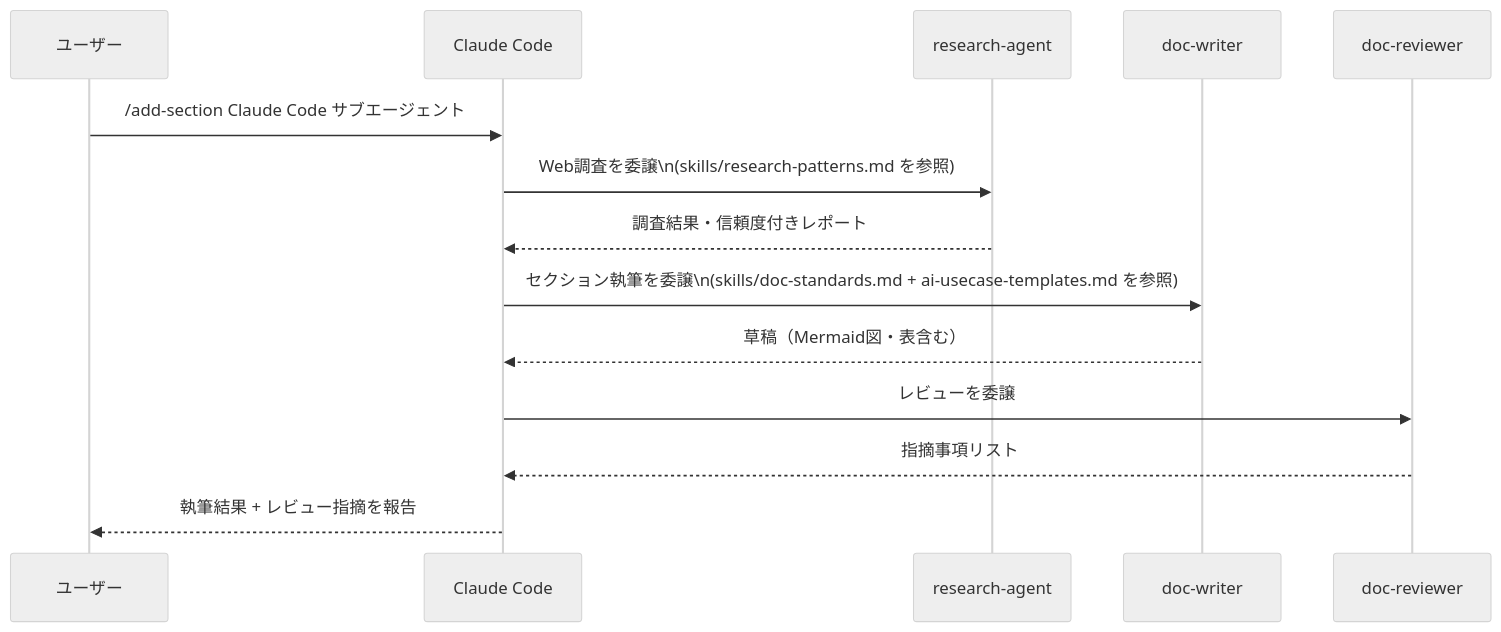
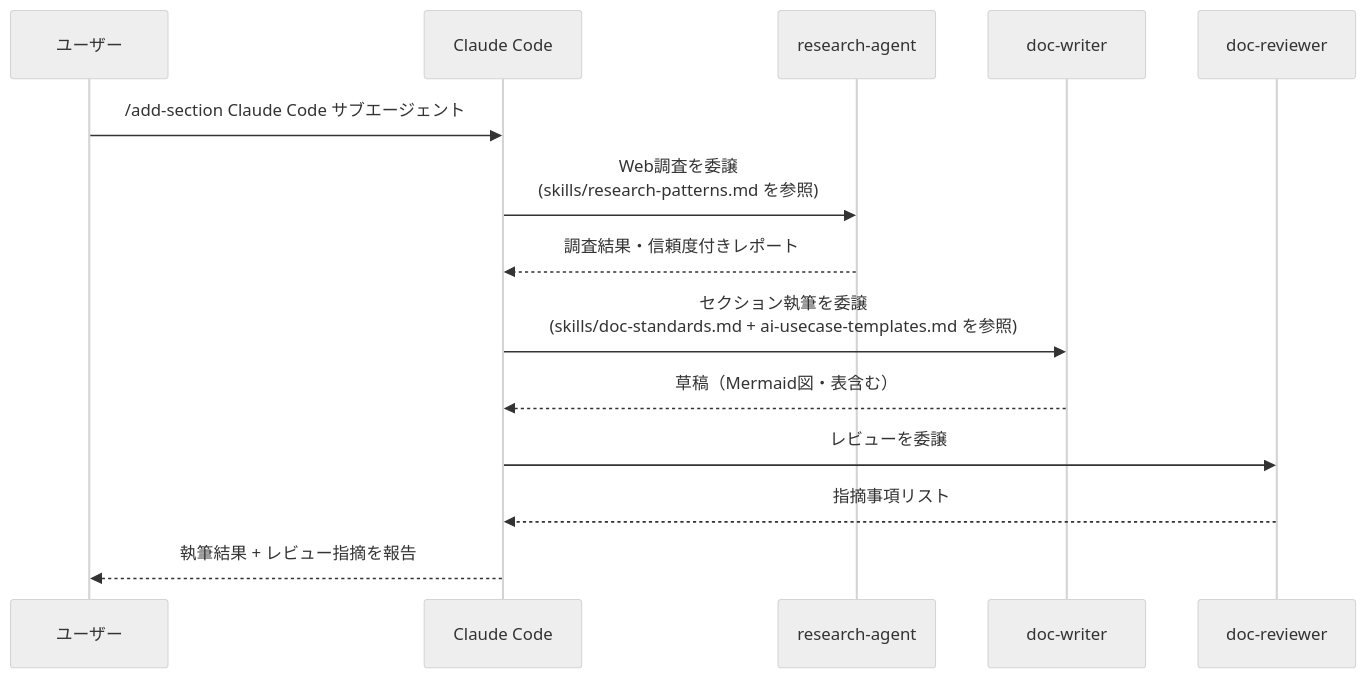
One commit to takuma39/ai changed the ninth of 9 diagrams in README.md. Above: the diagram before and after it, drawn with Mermaid (neutral theme). The commit also changed other lines of this file and 122 other files, not shown here.

````diff
--- a/README.md
+++ b/README.md
@@ -220,17 +304,17 @@
 ```mermaid
 sequenceDiagram
     participant U as ユーザー
     participant CC as Claude Code
     participant RA as research-agent
     participant DW as doc-writer
     participant DR as doc-reviewer
 
     U->>CC: /add-section Claude Code サブエージェント
-    CC->>RA: Web調査を委譲\n(skills/research-patterns.md を参照)
+    CC->>RA: Web調査を委譲<br/>(skills/research-patterns.md を参照)
     RA-->>CC: 調査結果・信頼度付きレポート
-    CC->>DW: セクション執筆を委譲\n(skills/doc-standards.md + ai-usecase-templates.md を参照)
+    CC->>DW: セクション執筆を委譲<br/>(skills/doc-standards.md + ai-usecase-templates.md を参照)
     DW-->>CC: 草稿（Mermaid図・表含む）
     CC->>DR: レビューを委譲
     DR-->>CC: 指摘事項リスト
     CC-->>U: 執筆結果 + レビュー指摘を報告
 ```
````
